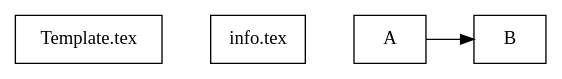
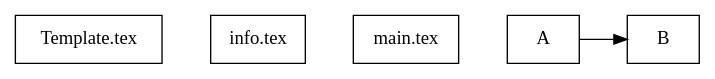
Before and after one commit to bwtian/texTemplate: the diagram in texTemplate.org, drawn with Graphviz. The commit also changed 1 other file, not shown here.

Commit message:
/ ‘texTemplate.org’ + ‘texTemplate.svg’

```diff
--- a/texTemplate.org
+++ b/texTemplate.org
@@ -4,18 +4,19 @@
 #+BEGIN_SRC dot :file ./texTemplate.svg 
 digraph { 
 fontname="Times"; 
 fontsize = 12; 
 splines = false; 
 ranksep = 0.2; 
 nodesep = 0.5; 
 node [shape = box] 
 //1. set node 
 j[label = "Template.tex"]
 info [label = "info.tex"]
+main [label = "main.tex"]
 //2. set path 
 
 A -> B 
 //3. set rank 
 {rank = same; A, B} 
 }
 #+END_SRC
```
